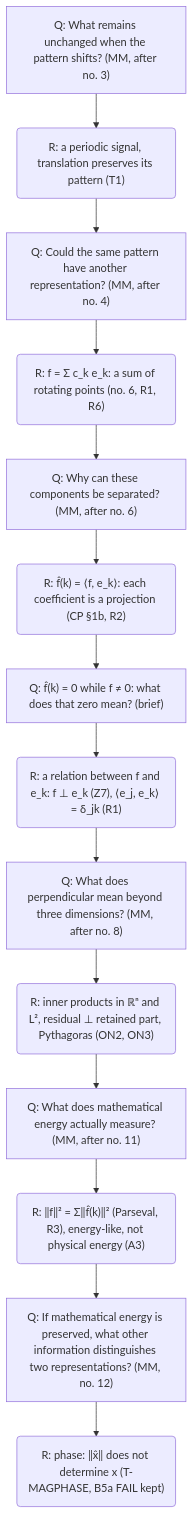
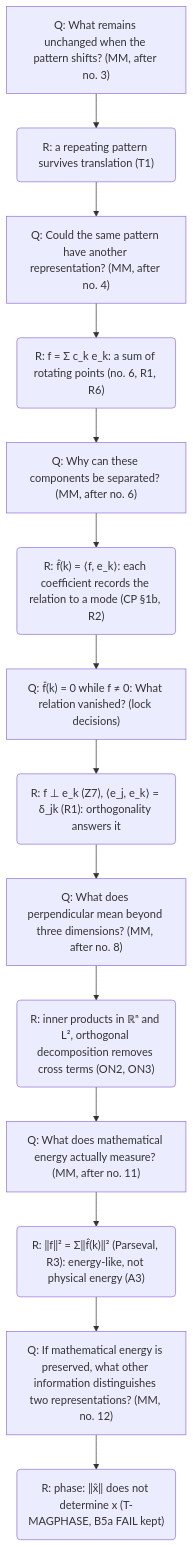
Before and after one commit to nadiapriyam/ENERGEO: the third of 11 diagrams in research/canonical_story.md, drawn with Mermaid. The commit also changed other lines of this file and 18 other files, not shown here.

````diff
--- a/research/canonical_story.md
+++ b/research/canonical_story.md
@@ -158,30 +227,30 @@
 ```mermaid
 flowchart TD
   F0["Q: What remains unchanged when the pattern shifts? (MM, after no. 3)"]
-  F1("R: a periodic signal, translation preserves its pattern (T1)")
+  F1("R: a repeating pattern survives translation (T1)")
   F0 --> F1
   F2["Q: Could the same pattern have another representation? (MM, after no. 4)"]
   F1 --> F2
   F3("R: f = Σ c_k e_k: a sum of rotating points (no. 6, R1, R6)")
   F2 --> F3
   F4["Q: Why can these components be separated? (MM, after no. 6)"]
   F3 --> F4
-  F5("R: f̂(k) = ⟨f, e_k⟩: each coefficient is a projection (CP §1b, R2)")
+  F5("R: f̂(k) = ⟨f, e_k⟩: each coefficient records the relation to a mode (CP §1b, R2)")
   F4 --> F5
-  F6["Q: f̂(k) = 0 while f ≠ 0: what does that zero mean? (brief)"]
+  F6["Q: f̂(k) = 0 while f ≠ 0: What relation vanished? (lock decisions)"]
   F5 --> F6
-  F7("R: a relation between f and e_k: f ⊥ e_k (Z7), ⟨e_j, e_k⟩ = δ_jk (R1)")
+  F7("R: f ⊥ e_k (Z7), ⟨e_j, e_k⟩ = δ_jk (R1): orthogonality answers it")
   F6 --> F7
   F8["Q: What does perpendicular mean beyond three dimensions? (MM, after no. 8)"]
   F7 --> F8
-  F9("R: inner products in ℝⁿ and L², residual ⊥ retained part, Pythagoras (ON2, ON3)")
+  F9("R: inner products in ℝⁿ and L², orthogonal decomposition removes cross terms (ON2, ON3)")
   F8 --> F9
   F10["Q: What does mathematical energy actually measure? (MM, after no. 11)"]
   F9 --> F10
-  F11("R: ‖f‖² = Σ‖f̂(k)‖² (Parseval, R3), energy-like, not physical energy (A3)")
+  F11("R: ‖f‖² = Σ‖f̂(k)‖² (Parseval, R3): energy-like, not physical energy (A3)")
   F10 --> F11
   F12["Q: If mathematical energy is preserved, what other information distinguishes two representations? (MM, no. 12)"]
   F11 --> F12
   F13("R: phase: ‖x̂‖ does not determine x (T-MAGPHASE, B5a FAIL kept)")
   F12 --> F13
 ```
````
